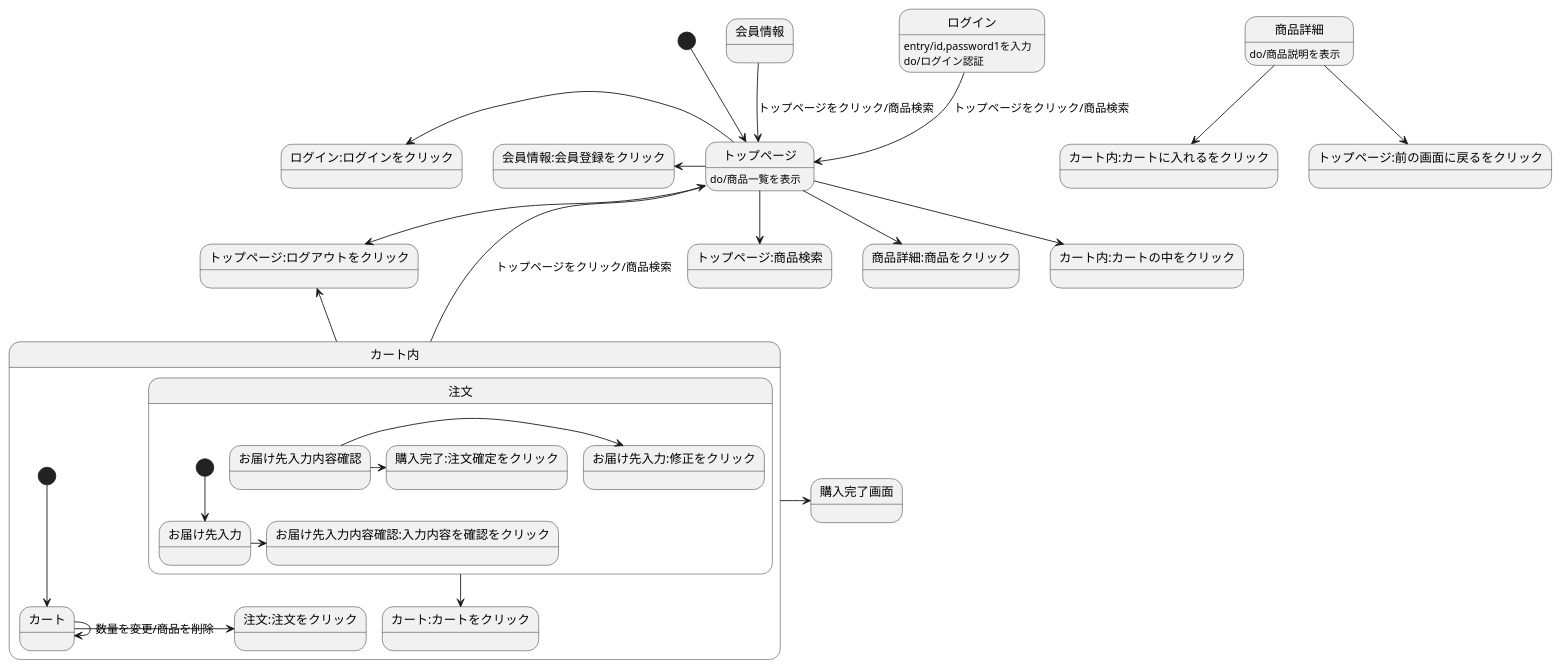
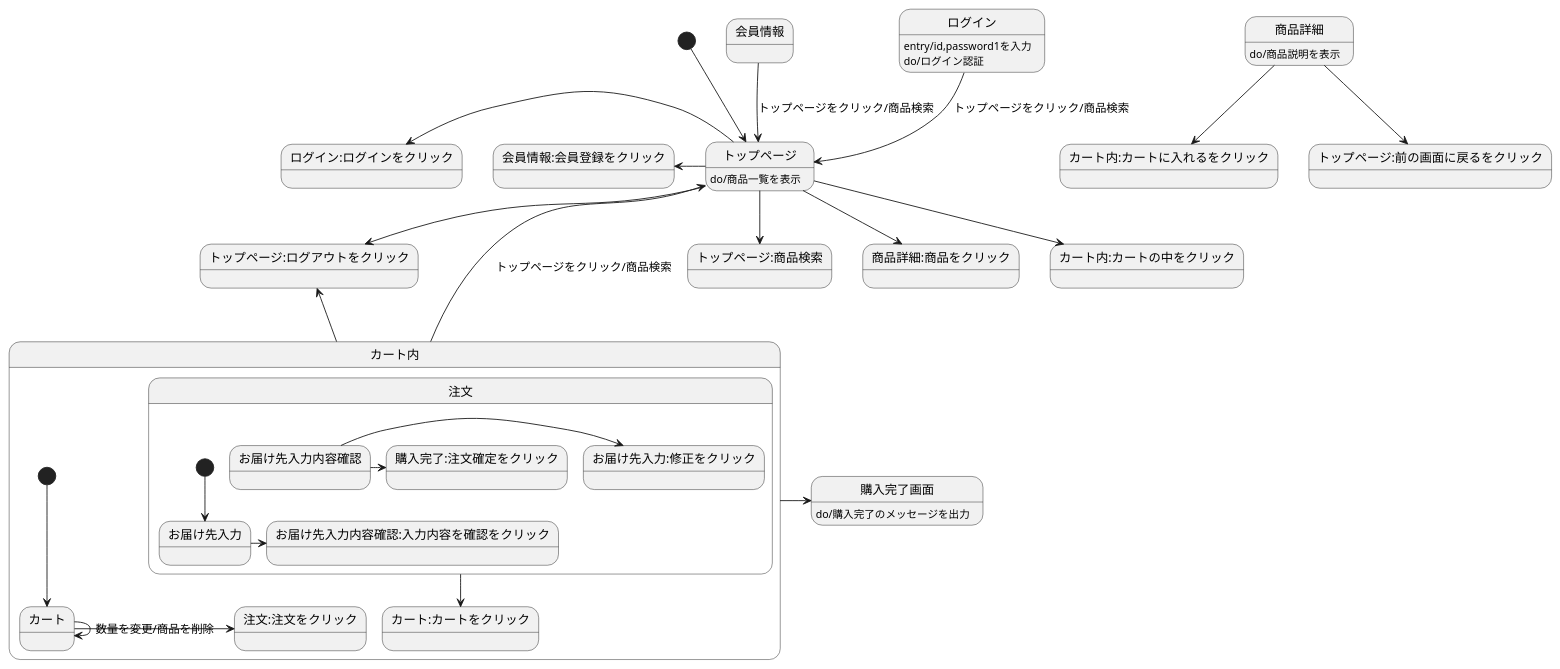
Before and after one commit to Aso2001224/2021sys-design: the diagram in 画面遷移図.md, drawn with PlantUML.

````diff
--- a/画面遷移図.md
+++ b/画面遷移図.md
@@ -1,34 +1,35 @@
 ```uml
 @startuml
 [*] --> トップページ
 会員情報--> トップページ:トップページをクリック/商品検索
 ログイン--> トップページ:トップページをクリック/商品検索
 ログイン:entry/id,password1を入力
 ログイン:do/ログイン認証
 トップページ-->トップページ:ログアウトをクリック
 トップページ-->トップページ:商品検索
 トップページ-->商品詳細:商品をクリック
 トップページ-left-> 会員情報:会員登録をクリック
 トップページ-left->ログイン:ログインをクリック
 トップページ-->カート内:カートの中をクリック
 トップページ:do/商品一覧を表示
 商品詳細-->カート内:カートに入れるをクリック
 商品詳細-->トップページ:前の画面に戻るをクリック
 商品詳細:do/商品説明を表示
 カート内-up->トップページ:トップページをクリック/商品検索
 カート内-up->トップページ:ログアウトをクリック
 カート内->購入完了画面
+購入完了画面:do/購入完了のメッセージを出力
 state カート内{
 [*]-->カート
 カート->注文:注文をクリック
 カート-> カート:数量を変更/商品を削除
 注文-->カート:カートをクリック
 state 注文{
 [*]-->お届け先入力
 お届け先入力->お届け先入力内容確認:入力内容を確認をクリック
 お届け先入力内容確認-> お届け先入力:修正をクリック
 お届け先入力内容確認->購入完了:注文確定をクリック
 }
 }
 @enduml
 ```
````
